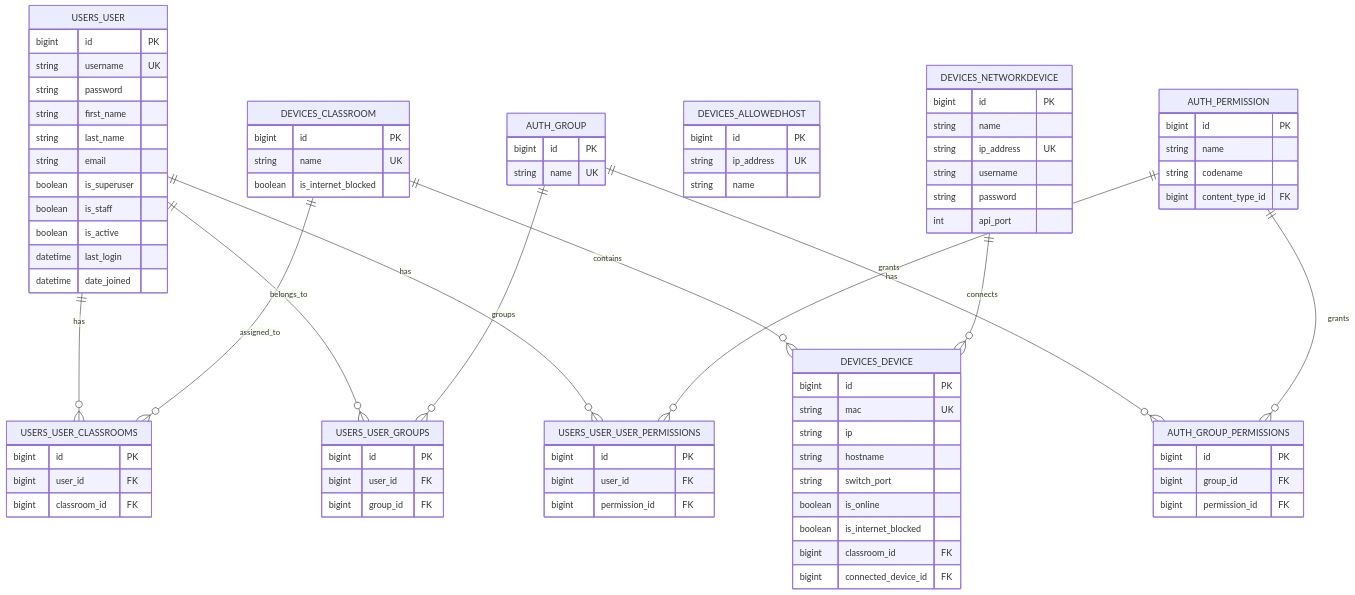
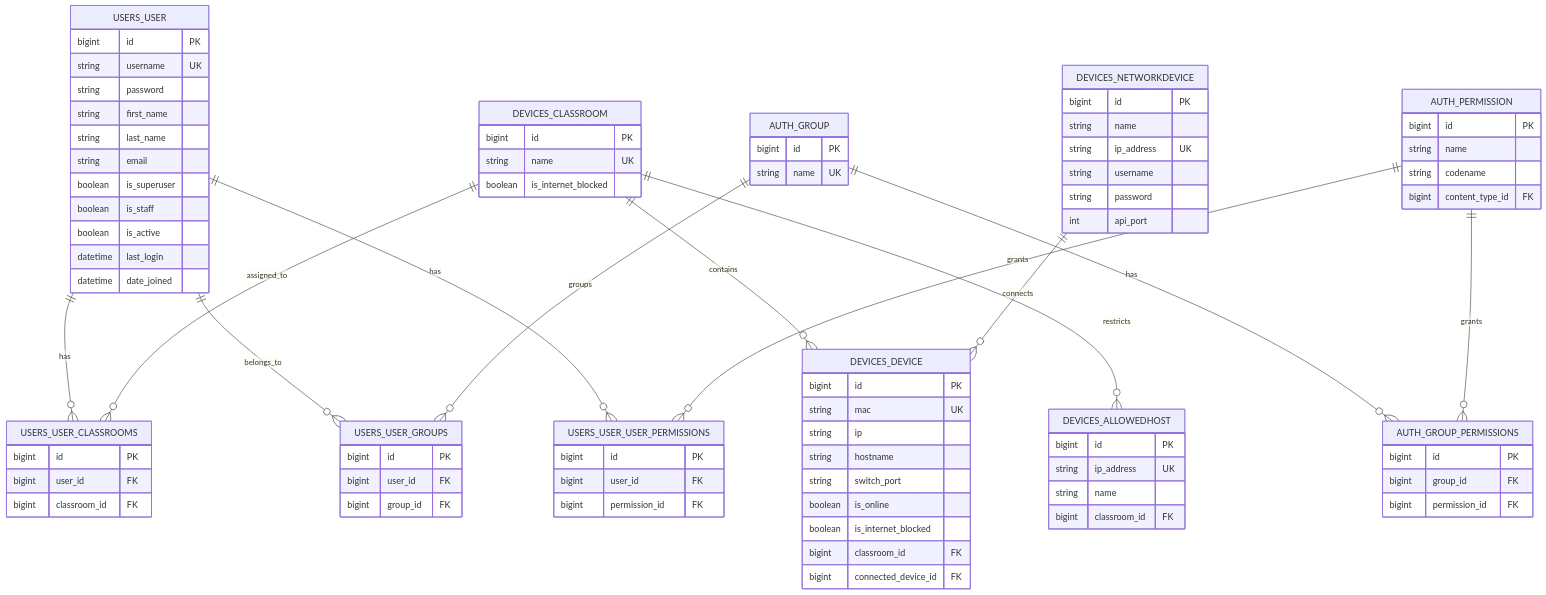
One commit to enoocdev/proyecto_dam changed the diagram in docs/database-er.mmd. Above: the diagram before and after it, drawn with Mermaid. The commit also changed 10 other files, not shown here.

```diff
--- a/docs/database-er.mmd
+++ b/docs/database-er.mmd
@@ -1,98 +1,100 @@
 erDiagram
     USERS_USER {
         bigint id PK
         string username UK
         string password
         string first_name
         string last_name
         string email
         boolean is_superuser
         boolean is_staff
         boolean is_active
         datetime last_login
         datetime date_joined
     }
 
     DEVICES_CLASSROOM {
         bigint id PK
         string name UK
         boolean is_internet_blocked
     }
 
     DEVICES_NETWORKDEVICE {
         bigint id PK
         string name
         string ip_address UK
         string username
         string password
         int api_port
     }
 
     DEVICES_DEVICE {
         bigint id PK
         string mac UK
         string ip
         string hostname
         string switch_port
         boolean is_online
         boolean is_internet_blocked
         bigint classroom_id FK
         bigint connected_device_id FK
     }
 
     DEVICES_ALLOWEDHOST {
         bigint id PK
         string ip_address UK
         string name
+        bigint classroom_id FK
     }
 
     AUTH_GROUP {
         bigint id PK
         string name UK
     }
 
     AUTH_PERMISSION {
         bigint id PK
         string name
         string codename
         bigint content_type_id FK
     }
 
     USERS_USER_CLASSROOMS {
         bigint id PK
         bigint user_id FK
         bigint classroom_id FK
     }
 
     USERS_USER_GROUPS {
         bigint id PK
         bigint user_id FK
         bigint group_id FK
     }
 
     USERS_USER_USER_PERMISSIONS {
         bigint id PK
         bigint user_id FK
         bigint permission_id FK
     }
 
     AUTH_GROUP_PERMISSIONS {
         bigint id PK
         bigint group_id FK
         bigint permission_id FK
     }
 
     DEVICES_CLASSROOM ||--o{ DEVICES_DEVICE : contains
+    DEVICES_CLASSROOM ||--o{ DEVICES_ALLOWEDHOST : restricts
     DEVICES_NETWORKDEVICE ||--o{ DEVICES_DEVICE : connects
 
     USERS_USER ||--o{ USERS_USER_CLASSROOMS : has
     DEVICES_CLASSROOM ||--o{ USERS_USER_CLASSROOMS : assigned_to
 
     USERS_USER ||--o{ USERS_USER_GROUPS : belongs_to
     AUTH_GROUP ||--o{ USERS_USER_GROUPS : groups
 
     USERS_USER ||--o{ USERS_USER_USER_PERMISSIONS : has
     AUTH_PERMISSION ||--o{ USERS_USER_USER_PERMISSIONS : grants
 
     AUTH_GROUP ||--o{ AUTH_GROUP_PERMISSIONS : has
     AUTH_PERMISSION ||--o{ AUTH_GROUP_PERMISSIONS : grants
```
